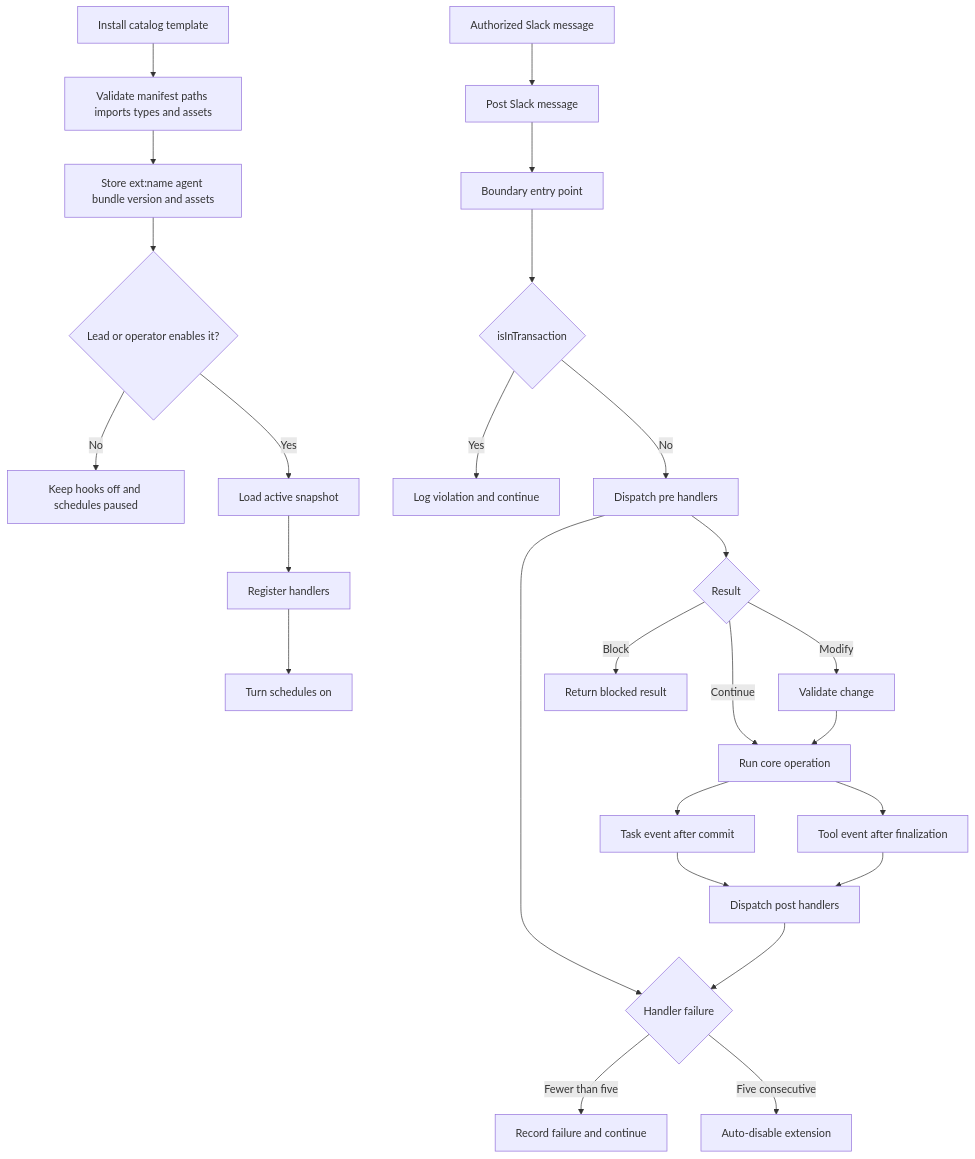
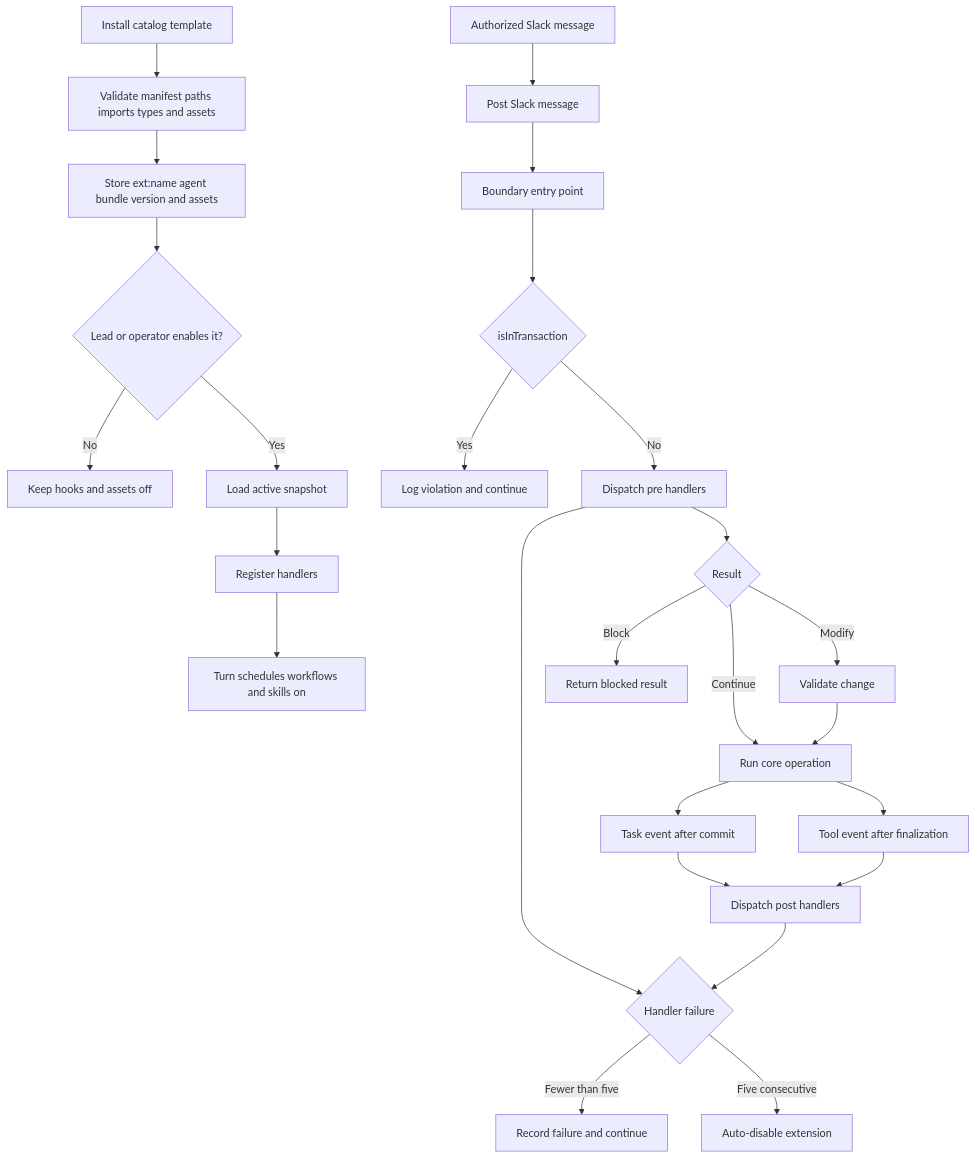
Before and after one commit to desplega-ai/agent-swarm: the diagram in runbooks/extensions.md, drawn with Mermaid. The commit also changed other lines of this file and 29 other files, not shown here.

First line of the commit message:
feat(extensions): ship workflows and skills as extension assets

````diff
--- a/runbooks/extensions.md
+++ b/runbooks/extensions.md
@@ -204,28 +243,28 @@
 ```mermaid
 flowchart TD
     A[Install catalog template] --> B[Validate manifest paths imports types and assets]
     B --> C[Store ext:name agent bundle version and assets]
     C --> D{Lead or operator enables it?}
-    D -- No --> E[Keep hooks off and schedules paused]
+    D -- No --> E[Keep hooks and assets off]
     D -- Yes --> G[Load active snapshot]
     G --> H[Register handlers]
-    H --> F[Turn schedules on]
+    H --> F[Turn schedules workflows and skills on]
     I[Boundary entry point] --> J{isInTransaction}
     J -- Yes --> K[Log violation and continue]
     J -- No --> L[Dispatch pre handlers]
     L --> M{Result}
     M -- Continue --> N[Run core operation]
     M -- Modify --> O[Validate change]
     O --> N
     M -- Block --> P[Return blocked result]
     N --> Q[Task event after commit]
     N --> R[Tool event after finalization]
     V[Authorized Slack message] --> W[Post Slack message]
     W --> I
     Q --> X[Dispatch post handlers]
     R --> X
     L --> S{Handler failure}
     X --> S
     S -- Fewer than five --> T[Record failure and continue]
     S -- Five consecutive --> U[Auto-disable extension]
 ```
````
